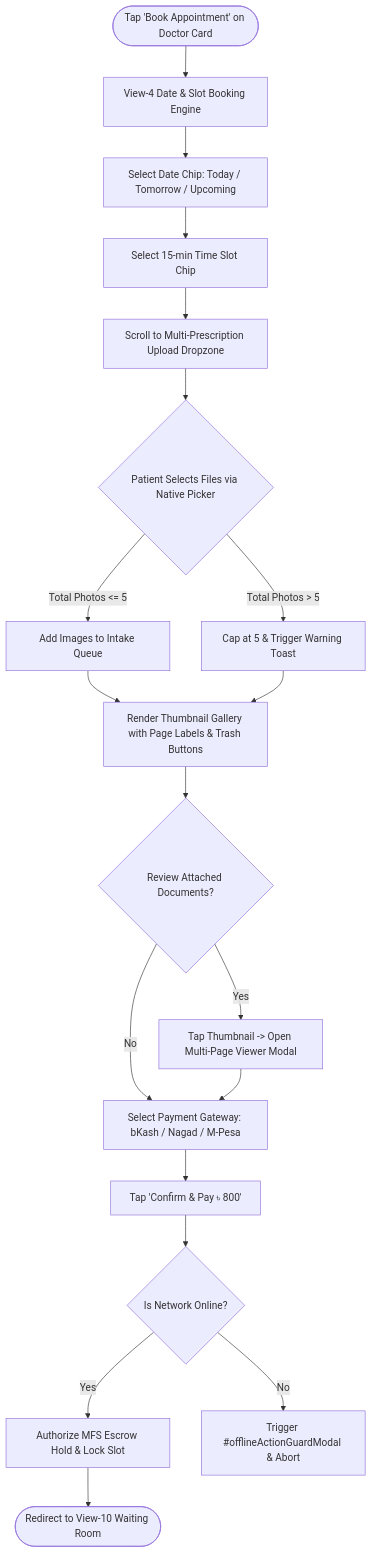
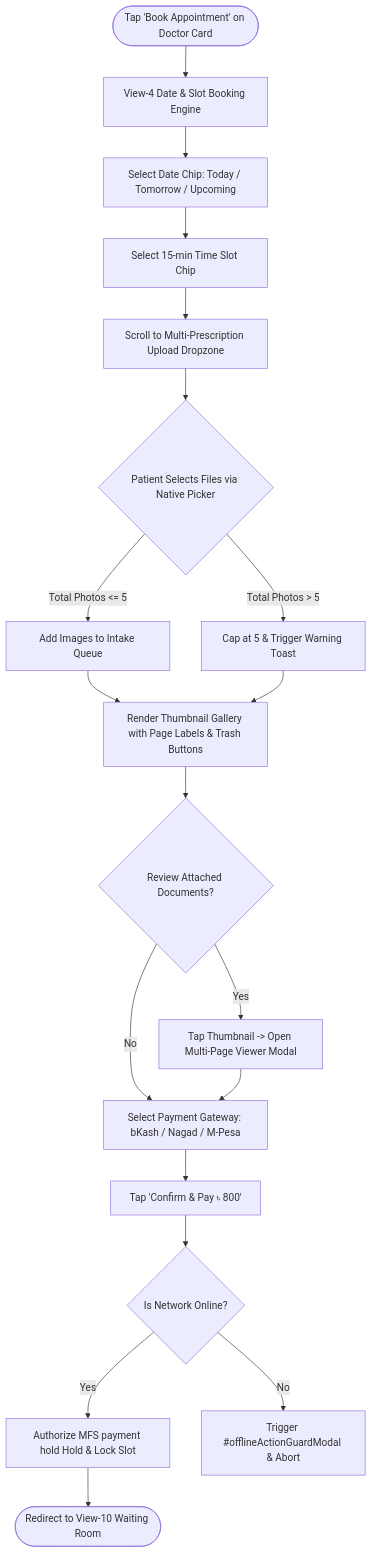
The second of 9 diagrams in docs/USER_FLOWS.md (MeherabHS/hellodoctor), drawn with Mermaid before and after one commit. The commit also changed other lines of this file and 42 other files, not shown here.

````diff
--- a/docs/USER_FLOWS.md
+++ b/docs/USER_FLOWS.md
@@ -44,20 +44,20 @@
 ```mermaid
 flowchart TD
     START([Tap 'Book Appointment' on Doctor Card]) --> A[View-4 Date & Slot Booking Engine]
     A --> B[Select Date Chip: Today / Tomorrow / Upcoming]
     B --> C[Select 15-min Time Slot Chip]
     C --> D[Scroll to Multi-Prescription Upload Dropzone]
     D --> E{Patient Selects Files via Native Picker}
     E -- Total Photos <= 5 --> F[Add Images to Intake Queue]
     E -- Total Photos > 5 --> G[Cap at 5 & Trigger Warning Toast]
     F & G --> H[Render Thumbnail Gallery with Page Labels & Trash Buttons]
     H --> I{Review Attached Documents?}
     I -- Yes --> J[Tap Thumbnail -> Open Multi-Page Viewer Modal]
     I -- No --> K[Select Payment Gateway: bKash / Nagad / M-Pesa]
     J --> K
     K --> L[Tap 'Confirm & Pay ৳ 800']
     L --> M{Is Network Online?}
-    M -- Yes --> N[Authorize MFS Escrow Hold & Lock Slot]
+    M -- Yes --> N[Authorize MFS payment hold Hold & Lock Slot]
     M -- No --> O[Trigger #offlineActionGuardModal & Abort]
     N --> RESULT([Redirect to View-10 Waiting Room])
 ```
````
